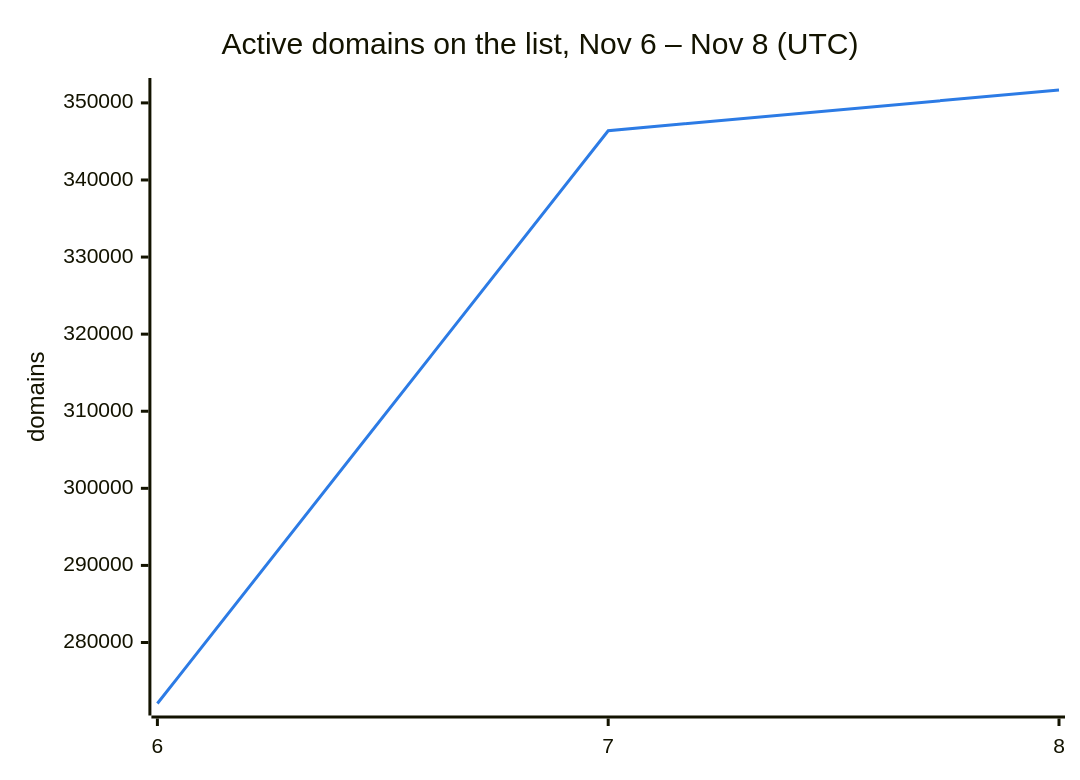
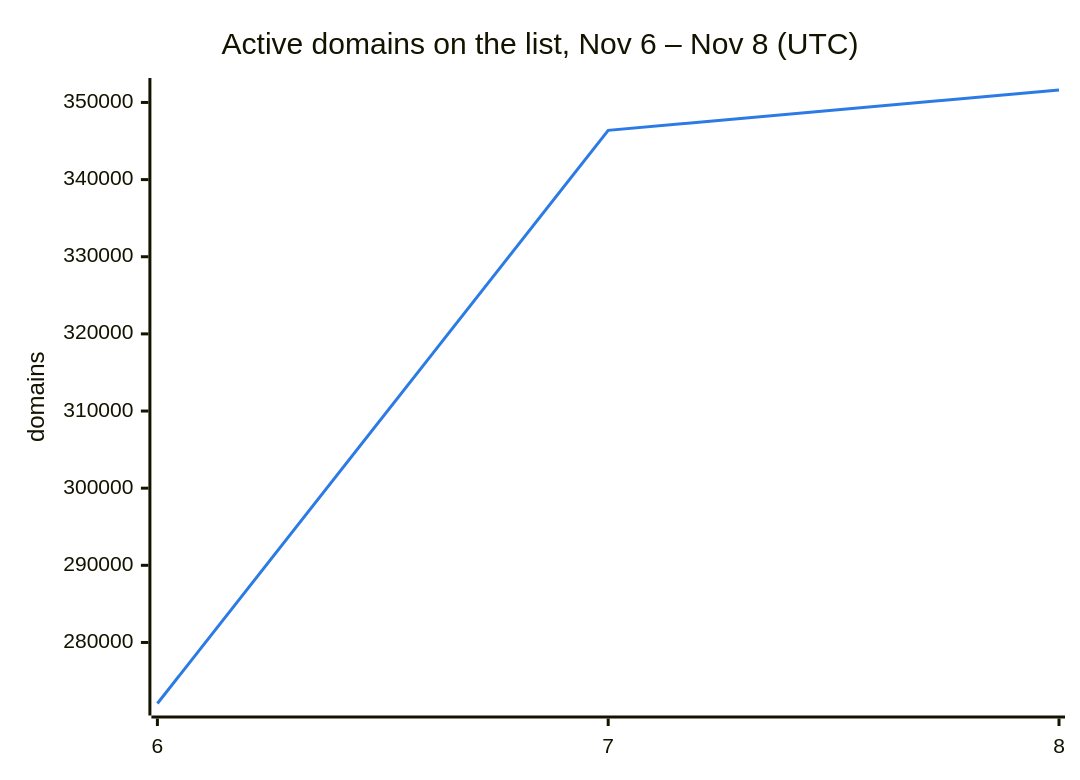
Before and after one commit to DNSBunker/CTI: the second of 3 diagrams in README.md, drawn with Mermaid. The commit also changed other lines of this file and 3 other files, not shown here.

````diff
--- a/README.md
+++ b/README.md
@@ -38,8 +38,8 @@
 ```mermaid
 %%{init: {"themeVariables": {"xyChart": {"plotColorPalette": "#2c7be5"}}}}%%
 xychart-beta
     title "Active domains on the list, Nov 6 – Nov 8 (UTC)"
     x-axis ["6", "7", "8"]
     y-axis "domains"
-    line [272088, 346388, 351672]
+    line [272088, 346388, 351614]
 ```
````
